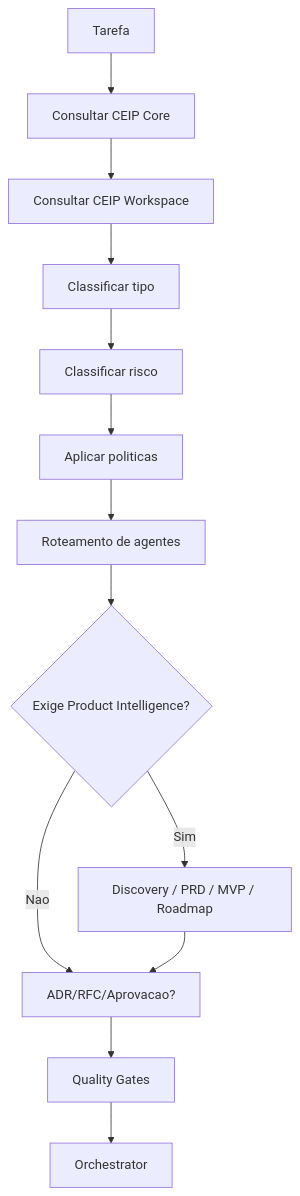
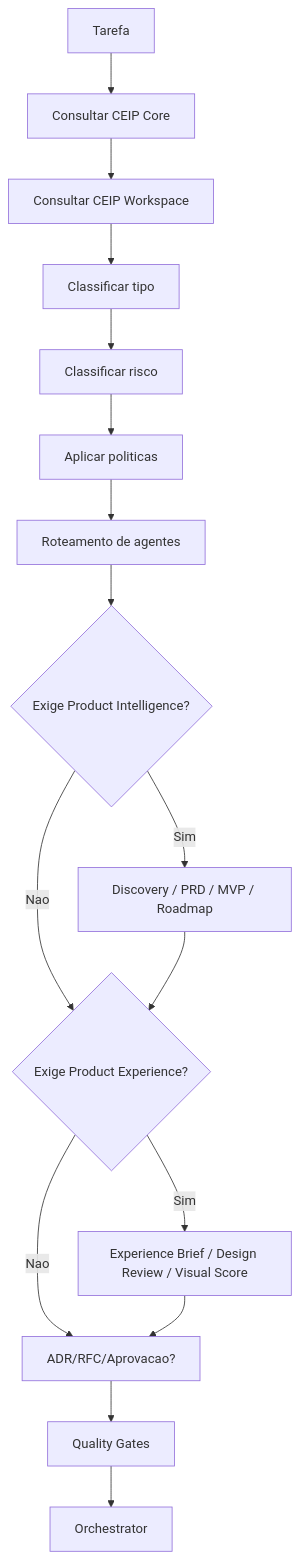
Before and after one commit to thyags/method-ceip: the diagram in POLICY_ENGINE.md, drawn with Mermaid. The commit also changed other lines of this file and 130 other files, not shown here.

Commit message:
Add product experience system to CEIP

````diff
--- a/POLICY_ENGINE.md
+++ b/POLICY_ENGINE.md
@@ -51,15 +56,18 @@
 ```mermaid
 flowchart TD
     A["Tarefa"] --> A1["Consultar CEIP Core"]
     A1 --> A2["Consultar CEIP Workspace"]
     A2 --> B["Classificar tipo"]
     B --> C["Classificar risco"]
     C --> D["Aplicar politicas"]
     D --> E["Roteamento de agentes"]
     E --> E1{"Exige Product Intelligence?"}
     E1 -->|Sim| E2["Discovery / PRD / MVP / Roadmap"]
-    E1 -->|Nao| F["ADR/RFC/Aprovacao?"]
+    E1 -->|Nao| F{"Exige Product Experience?"}
     E2 --> F
-    F --> G["Quality Gates"]
-    G --> H["Orchestrator"]
+    F -->|Sim| F1["Experience Brief / Design Review / Visual Score"]
+    F -->|Nao| G["ADR/RFC/Aprovacao?"]
+    F1 --> G
+    G --> H["Quality Gates"]
+    H --> I["Orchestrator"]
 ```
````
